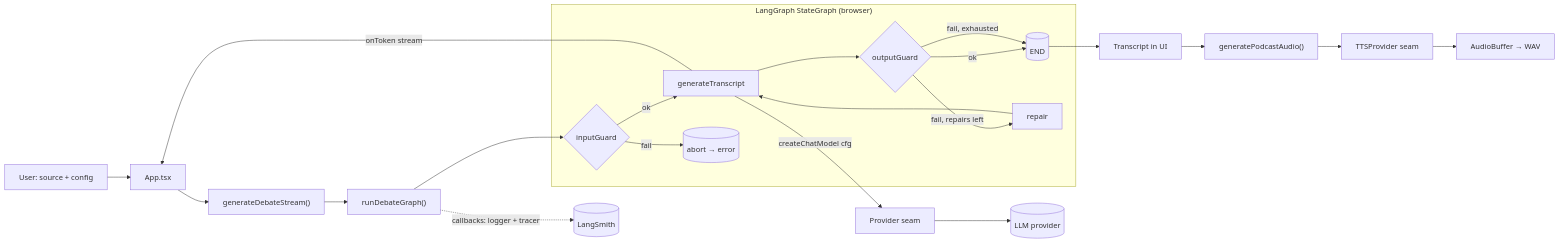
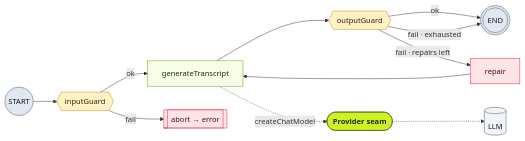
One commit to mhosseinab/debate-flow changed the second of 3 diagrams in README.md. Above: the diagram before and after it, drawn with Mermaid. The commit also changed other lines of this file, not shown here.

First line of the commit message:
docs: Enhance README with detailed architecture and data flow diagrams

````diff
--- a/README.md
+++ b/README.md
@@ -72,23 +90,26 @@
 ```mermaid
 flowchart LR
-  U[User: source + config] --> A[App.tsx]
-  A --> G["generateDebateStream()"]
-  G --> R["runDebateGraph()"]
+  START((START)) --> IG{{inputGuard}}
+  IG -->|ok| GT["generateTranscript"]
+  IG -->|fail| ERR[["abort → error"]]
+  GT --> OG{{outputGuard}}
+  OG -->|ok| DONE(((END)))
+  OG -->|fail · exhausted| DONE
+  OG -->|fail · repairs left| RP["repair"]
+  RP --> GT
+  GT -.->|createChatModel| SEAM(["Provider seam"])
+  SEAM -.-> LLM[("LLM")]
 
-  subgraph graph["LangGraph StateGraph (browser)"]
-    IG{inputGuard} -->|ok| GT[generateTranscript]
-    IG -->|fail| EX[(abort → error)]
-    GT --> OG{outputGuard}
-    OG -->|ok| EN[(END)]
-    OG -->|fail, repairs left| RP[repair] --> GT
-    OG -->|fail, exhausted| EN
-  end
-
-  R --> IG
-  GT -->|createChatModel cfg| SEAM[Provider seam]
-  SEAM --> P[(LLM provider)]
-  GT -->|onToken stream| A
-  R -.callbacks: logger + tracer.-> LSM[(LangSmith)]
-  EN --> T[Transcript in UI]
-  T --> AUD["generatePodcastAudio()"] --> TTS[TTSProvider seam] --> WAV[AudioBuffer → WAV]
+  classDef node fill:#f7fee7,stroke:#65a30d,color:#1a2e05;
+  classDef guard fill:#fef3c7,stroke:#d97706,color:#451a03;
+  classDef repair fill:#ffe4e6,stroke:#e11d48,color:#4c0519;
+  classDef terminal fill:#e2e8f0,stroke:#475569,color:#0f172a;
+  classDef seamNode fill:#D0F224,stroke:#3f6212,color:#1a2e05,font-weight:bold;
+  classDef ext fill:#f1f5f9,stroke:#475569,color:#0f172a;
+  class GT node;
+  class IG,OG guard;
+  class RP,ERR repair;
+  class START,DONE terminal;
+  class SEAM seamNode;
+  class LLM ext;
 ```
````
